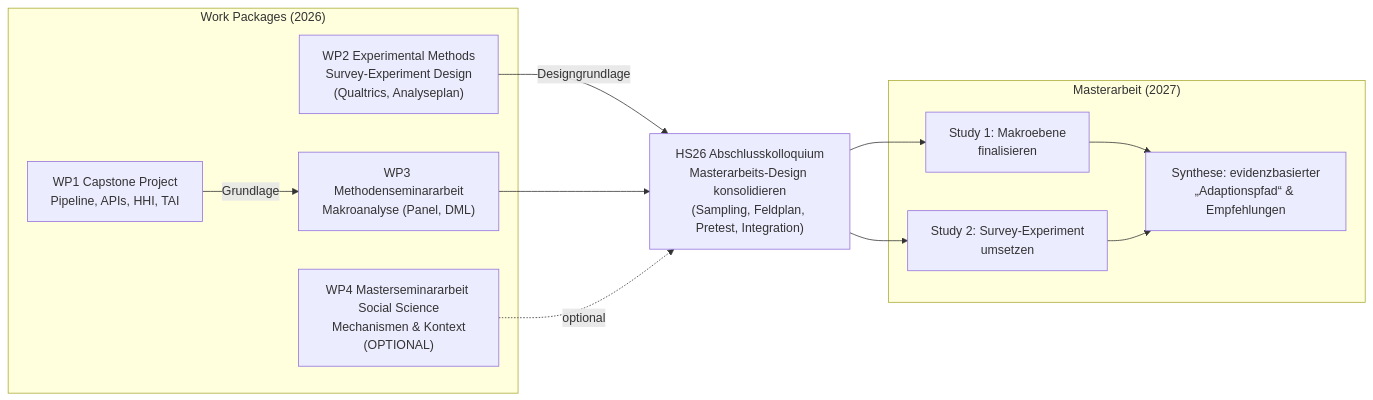
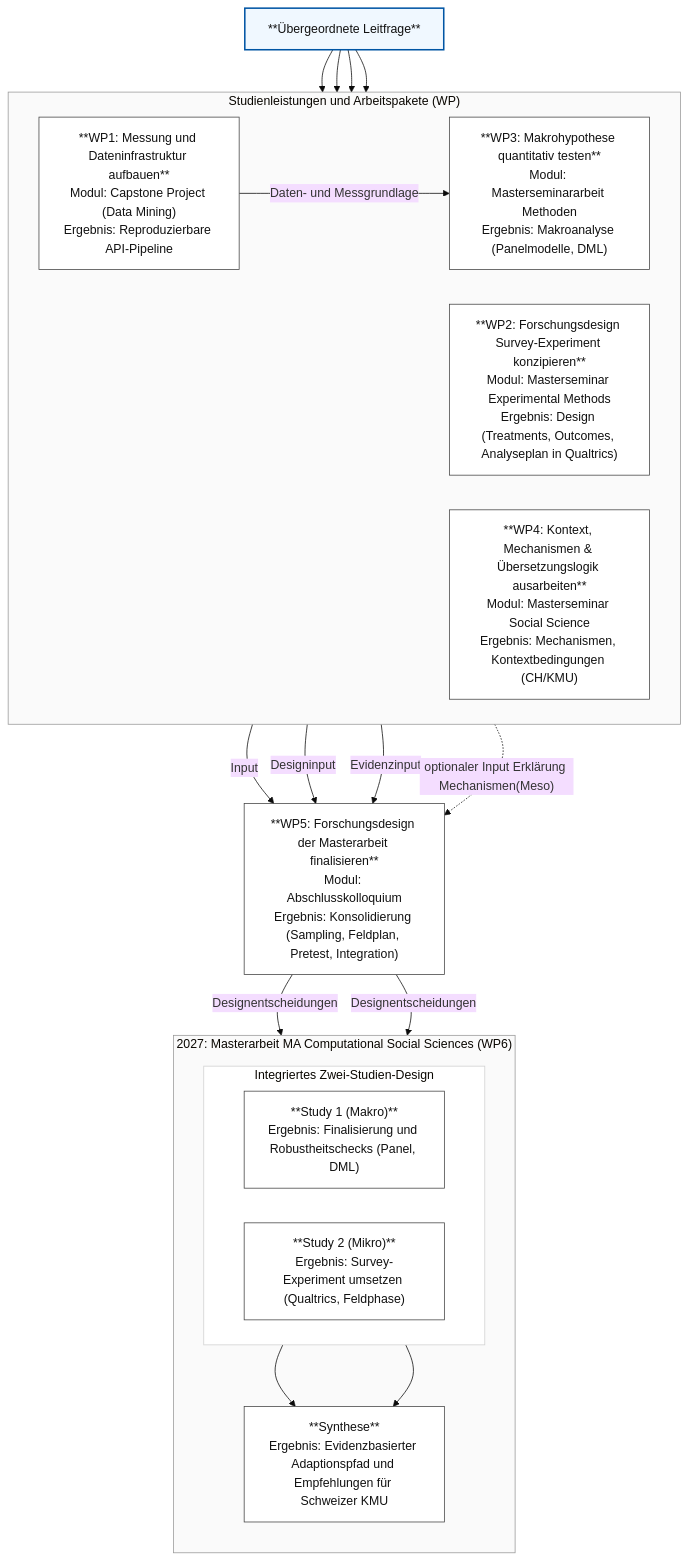
The first of 3 diagrams in forschungsrahmen_uebersicht.qmd (zaranyx6000/forschungsrahmenMA), drawn with Mermaid before and after one commit. The commit also changed other lines of this file and 2 other files, not shown here.

````diff
--- a/forschungsrahmen_uebersicht.qmd
+++ b/forschungsrahmen_uebersicht.qmd
@@ -54,31 +110,63 @@
 ```{mermaid}
 %%| label: fig-gesamtlogik
-%%| fig-cap: "Arbeitsstränge und Integration im Forschungsrahmen (inkl. optionalem Input aus MSA Social Science)"
-flowchart LR
-  %% Work Packages
-  subgraph WP["Work Packages (2026)"]
-    A["WP1 Capstone Project\nPipeline, APIs, HHI, TAI"]
-    B["WP2 Experimental Methods\nSurvey-Experiment Design\n(Qualtrics, Analyseplan)"]
-    C["WP3 Methodenseminararbeit\nMakroanalyse (Panel, DML)"]
-    D["WP4 Masterseminararbeit Social Science\nMechanismen & Kontext\n(OPTIONAL)"]
+%%| fig-cap: "Grafisches Forschungsdesign: Arbeitsstränge, Evidenzbausteine und Integration im Forschungsrahmen ausgehend von der Leitfrage"
+%%| fig-align: center
+%%| fig-pos: false
+%%| fig-width: 6.5
+%%| out-width: 100%
+%%{init: {"theme":"base", "flowchart": {"nodeSpacing": 45, "rankSpacing": 55}}}%%
+flowchart TB
+
+  %% Einheitliches Styling
+  classDef box fill:#ffffff,stroke:#444444,stroke-width:1px,color:#111111;
+  classDef baseBlock fill:#f0f8ff,stroke:#0055a4,stroke-width:2px,color:#111111;
+
+  %% Basis-Block am Ursprung
+  LF["**Übergeordnete Leitfrage**<br/>"]:::baseBlock
+
+  %% 2026: Studienleistungen und Arbeitspakete
+  subgraph WP["Studienleistungen und Arbeitspakete (WP)"]
+    direction LR
+    WP1["**WP1: Messung und Dateninfrastruktur aufbauen**<br/>Modul: Capstone Project (Data Mining)<br/>Ergebnis: Reproduzierbare API-Pipeline"]:::box
+    WP2["**WP2: Forschungsdesign Survey-Experiment konzipieren**<br/>Modul: Masterseminar Experimental Methods<br/>Ergebnis: Design (Treatments, Outcomes, Analyseplan in Qualtrics)"]:::box
+    WP3["**WP3: Makrohypothese quantitativ testen**<br/>Modul: Masterseminararbeit Methoden<br/>Ergebnis: Makroanalyse (Panelmodelle, DML)"]:::box
+    WP4["**WP4: Kontext, Mechanismen & Übersetzungslogik ausarbeiten**<br/>Modul: Masterseminar Social Science<br/>Ergebnis: Mechanismen, Kontextbedingungen (CH/KMU)"]:::box
   end
 
-  E["HS26 Abschlusskolloquium\nMasterarbeits-Design konsolidieren\n(Sampling, Feldplan, Pretest, Integration)"]
+  %% Integration
+  KOL["**WP5: Forschungsdesign der Masterarbeit finalisieren**<br/>Modul: Abschlusskolloquium<br/>Ergebnis: Konsolidierung (Sampling, Feldplan, Pretest, Integration)"]:::box
 
-  subgraph MA["Masterarbeit (2027)"]
-    F1["Study 1: Makroebene\nfinalisieren"]
-    F2["Study 2: Survey-Experiment\numsetzen"]
-    G["Synthese: evidenzbasierter\n„Adaptionspfad“ & Empfehlungen"]
+  %% 2027: Masterarbeit (WP6)
+  subgraph MA["2027: Masterarbeit MA Computational Social Sciences (WP6)"]
+    direction TB
+    subgraph STUDIES["Integriertes Zwei-Studien-Design"]
+      direction LR
+      S1["**Study 1 (Makro)**<br/>Ergebnis: Finalisierung und Robustheitschecks (Panel, DML)"]:::box
+      S2["**Study 2 (Mikro)**<br/>Ergebnis: Survey-Experiment umsetzen (Qualtrics, Feldphase)"]:::box
+    end
+    SYN["**Synthese**<br/>Ergebnis: Evidenzbasierter Adaptionspfad und Empfehlungen für Schweizer KMU"]:::box
   end
 
-  %% Abhängigkeiten (korrigiert)
-  A -->|"Grundlage"| C
-  B -->|"Designgrundlage"| E
-  C --> E
-  D -. "optional" .-> E
+  %% Hierarchische Verbindungen von der Leitfrage
+  LF --> WP1
+  LF --> WP2
+  LF --> WP3
+  LF --> WP4
 
-  E --> F1
-  E --> F2
-  F1 --> G
-  F2 --> G
+  %% Korrekte Abhängigkeiten im Projektverlauf
+  WP1 -->|"Daten- und Messgrundlage"| WP3
+  WP1 -->|"Input"| KOL
+  WP2 -->|"Designinput"| KOL
+  WP3 -->|"Evidenzinput"| KOL
+  WP4 -. "optionaler Input Erklärung Mechanismen(Meso)" .-> KOL
+
+  KOL -->|"Designentscheidungen"| S1
+  KOL -->|"Designentscheidungen"| S2
+  S1 --> SYN
+  S2 --> SYN
+
+  %% Sehr helle Hintergründe
+  style WP fill:#fafafa,stroke:#999999,stroke-width:1px
+  style MA fill:#fafafa,stroke:#999999,stroke-width:1px
+  style STUDIES fill:#ffffff,stroke:#d0d0d0,stroke-width:1px
 ```
````
